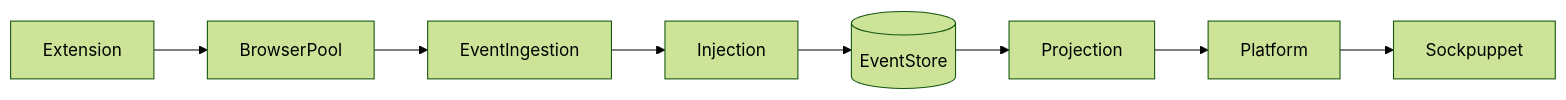
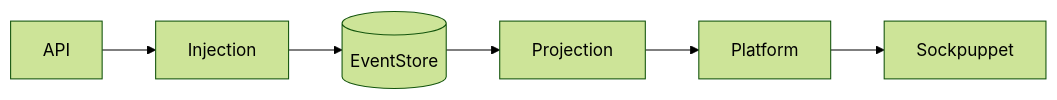
One commit to ToxicPine/bernays changed the first of 3 diagrams in ARCHITECTURE.md. Above: the diagram before and after it, drawn with Mermaid (forest theme). The commit also changed other lines of this file and 149 other files, not shown here.

First line of the commit message:
Simplify architecture: delete bridge/extension/routing, add Hono API workspace, restructure server

````diff
--- a/ARCHITECTURE.md
+++ b/ARCHITECTURE.md
@@ -187,10 +188,8 @@
 ```mermaid
 graph LR
-    EXT[Extension] --> BP[BrowserPool]
-    BP --> EI[EventIngestion]
-    EI --> INJ[Injection]
+    API[API] --> INJ[Injection]
     INJ --> ES[(EventStore)]
     ES --> PR[Projection]
     PR --> PL[Platform]
     PL --> SP[Sockpuppet]
 ```
````
